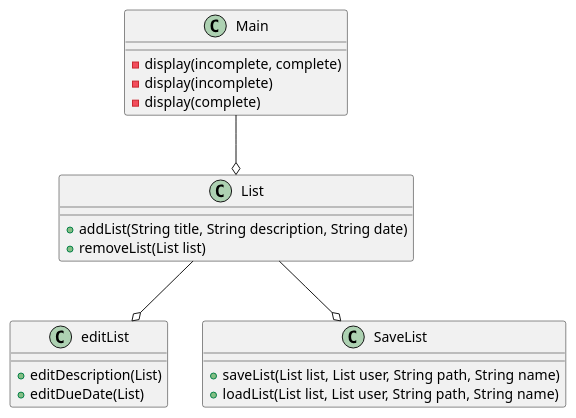
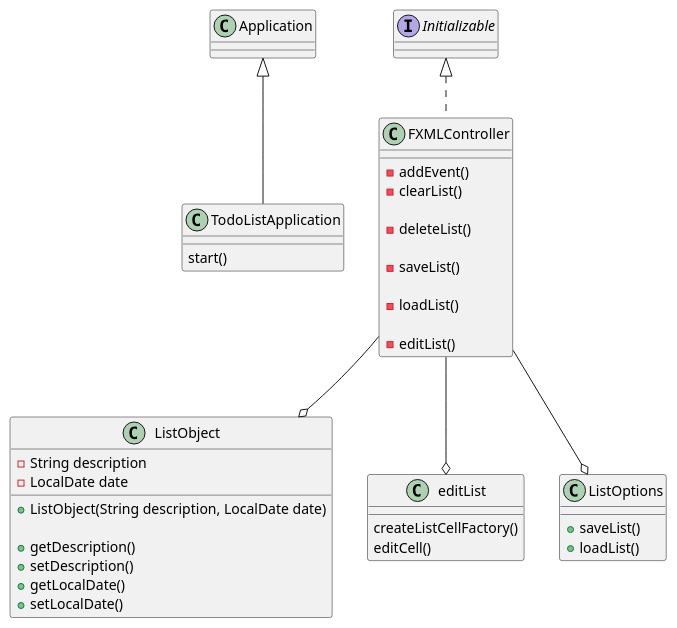
The diagram in gadhia-app01-design/docs/ClassDiagram.puml (IronWarden/gadhia-app1-impl), drawn with PlantUML before and after one commit. The commit also changed 31 other files, not shown here.

```diff
--- a/gadhia-app01-design/docs/ClassDiagram.puml
+++ b/gadhia-app01-design/docs/ClassDiagram.puml
@@ -1,30 +1,63 @@
 @startuml
-class Main {
-  'display the list using overload
-  -display(incomplete, complete)
-  -display(incomplete)
-  -display(complete)
+class TodoListApplication extends Application  {
+    'start the scene
+    start()
 }
-Main --o List
+class FXMLController implements Initializable {
+    ' set the FXML components buttons, menubar, listview, etc
 
-class List {
-   'functions to add and remove lists
-   +addList(String title, String description, String date)
-   +removeList(List list)
+    -addEvent()
+       'adds an event to the listview
+    -clearList()
+
+    'deletes a selected item from the list
+    -deleteList()
+    'method to get the item
+    'method to delete the item
+
+    -saveList()
+    'gets an onAction event from the user
+    'calls the class ListOptions and the method saveList
+
+    -loadList()
+    'call ListOptions and method loadList
+
+    -editList()
+    ' calls editList class to turn into an editable cell
+    ' allows for checking the cell if the user want to show
+    ' their item is completed
 
 }
-List --o editList
+
+FXMLController --o ListObject
+
+class ListObject {
+   'creates a list object
+    -String description
+    -LocalDate date
+
+    +ListObject(String description, LocalDate date)
+
+    +getDescription()
+    +setDescription()
+    +getLocalDate()
+    +setLocalDate()
+
+
+}
+FXMLController --o editList
 
 class editList {
-      'edit description and due data in seperate functions
-      +editDescription(List)
-      +editDueDate(List)
+      'can edit both date and description by creating an editable cell
+      createListCellFactory()
+      'create a listview cell using cell factory
+      editCell()
 }
-List --o SaveList
-class SaveList {
+FXMLController --o ListOptions
+class ListOptions {
     'load and save belong together
-    +saveList(List list, List user, String path, String name)
-    +loadList(List list, List user, String path, String name)
+    +saveList()
+    +loadList()
 }
 
 @enduml
```
